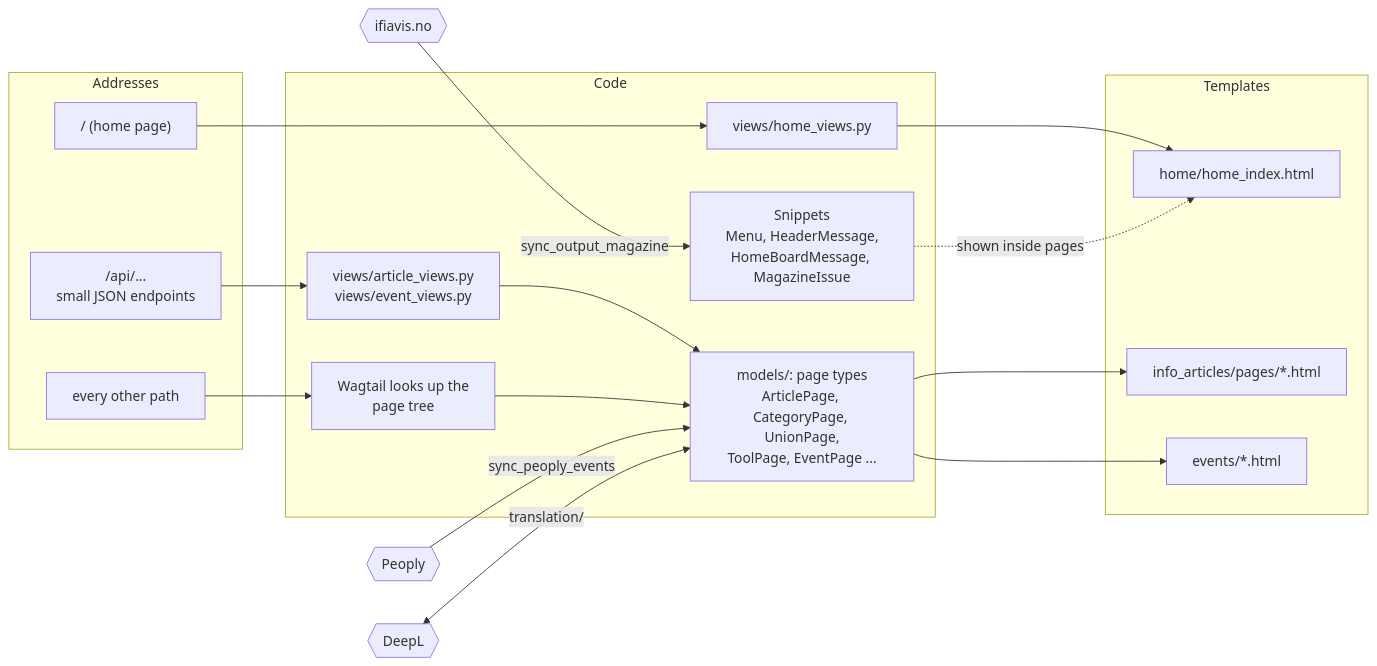
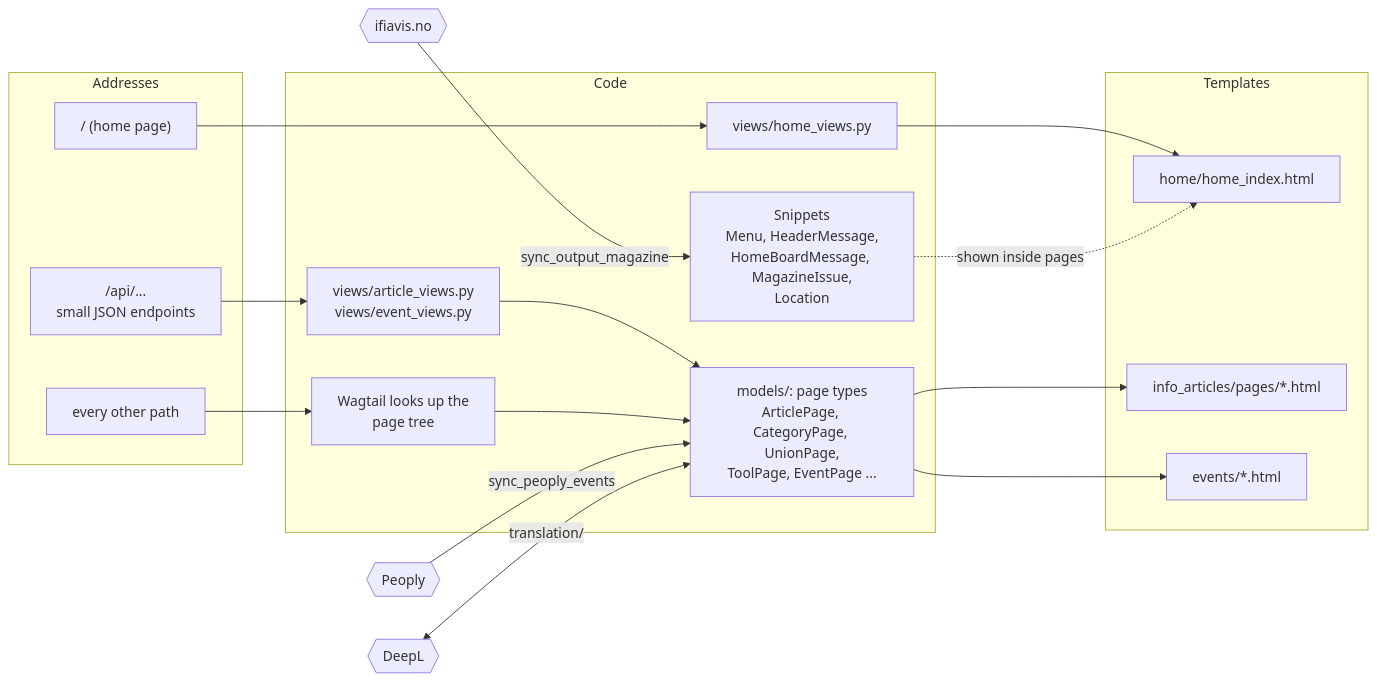
Before and after one commit to Creators-Guild/IfiPlatform: the second of 6 diagrams in docs/architecture/overview.md, drawn with Mermaid. The commit also changed other lines of this file and 21 other files, not shown here.

````diff
--- a/docs/architecture/overview.md
+++ b/docs/architecture/overview.md
@@ -128,29 +128,29 @@
 ```mermaid
 flowchart LR
     subgraph addr["Addresses"]
         a1["/ (home page)"]
         a2["/api/...<br/>small JSON endpoints"]
         a3["every other path"]
     end
     subgraph code["Code"]
         v1["views/home_views.py"]
         v2["views/article_views.py<br/>views/event_views.py"]
         w["Wagtail looks up the<br/>page tree"]
         m["models/: page types<br/>ArticlePage, CategoryPage, UnionPage,<br/>ToolPage, EventPage ..."]
-        sn["Snippets<br/>Menu, HeaderMessage,<br/>HomeBoardMessage, MagazineIssue"]
+        sn["Snippets<br/>Menu, HeaderMessage,<br/>HomeBoardMessage, MagazineIssue,<br/>Location"]
     end
     subgraph tpl["Templates"]
         t1["home/home_index.html"]
         t2["info_articles/pages/*.html"]
         t3["events/*.html"]
     end
     a1 --> v1 --> t1
     a2 --> v2 --> m
     a3 --> w --> m
     m --> t2
     m --> t3
     sn -. "shown inside pages" .-> t1
     peoply{{"Peoply"}} -- "sync_peoply_events" --> m
     ifiavis{{"ifiavis.no"}} -- "sync_output_magazine" --> sn
     deepl{{"DeepL"}} <-- "translation/" --> m
 ```
````
